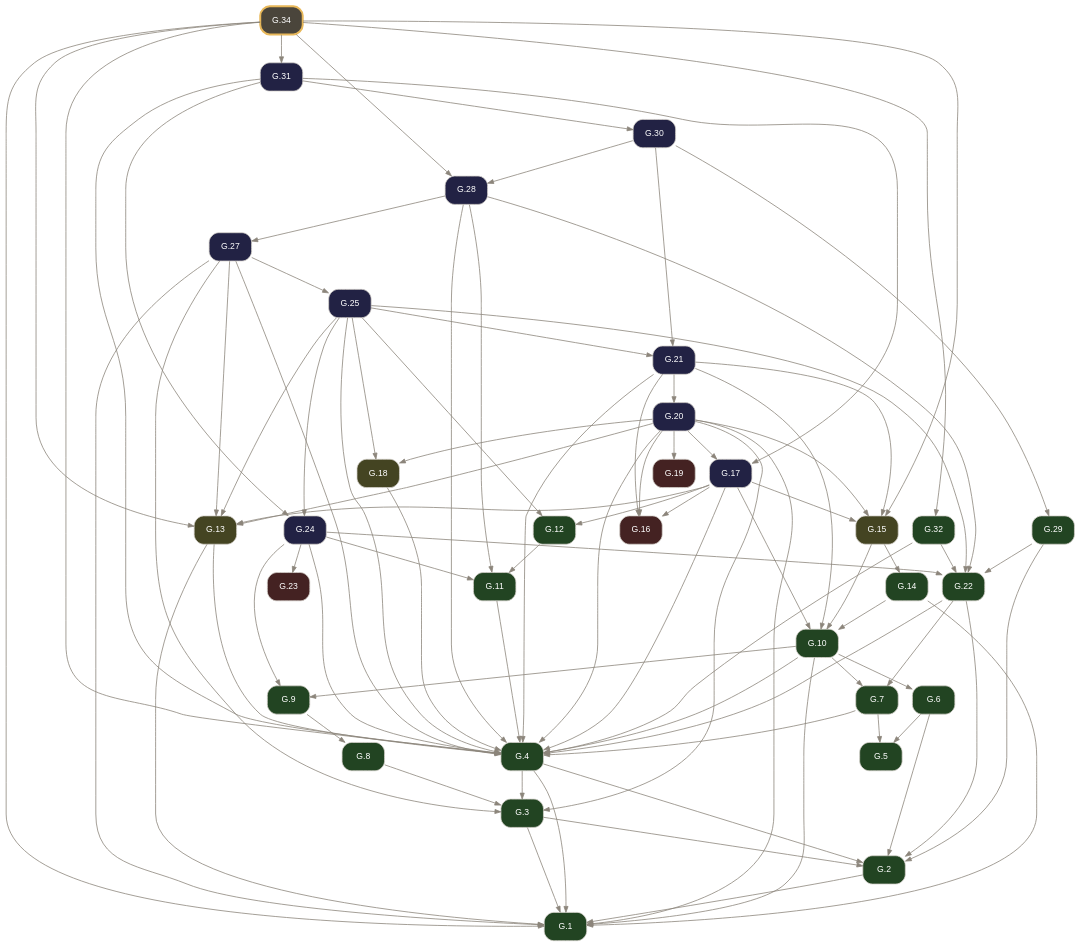
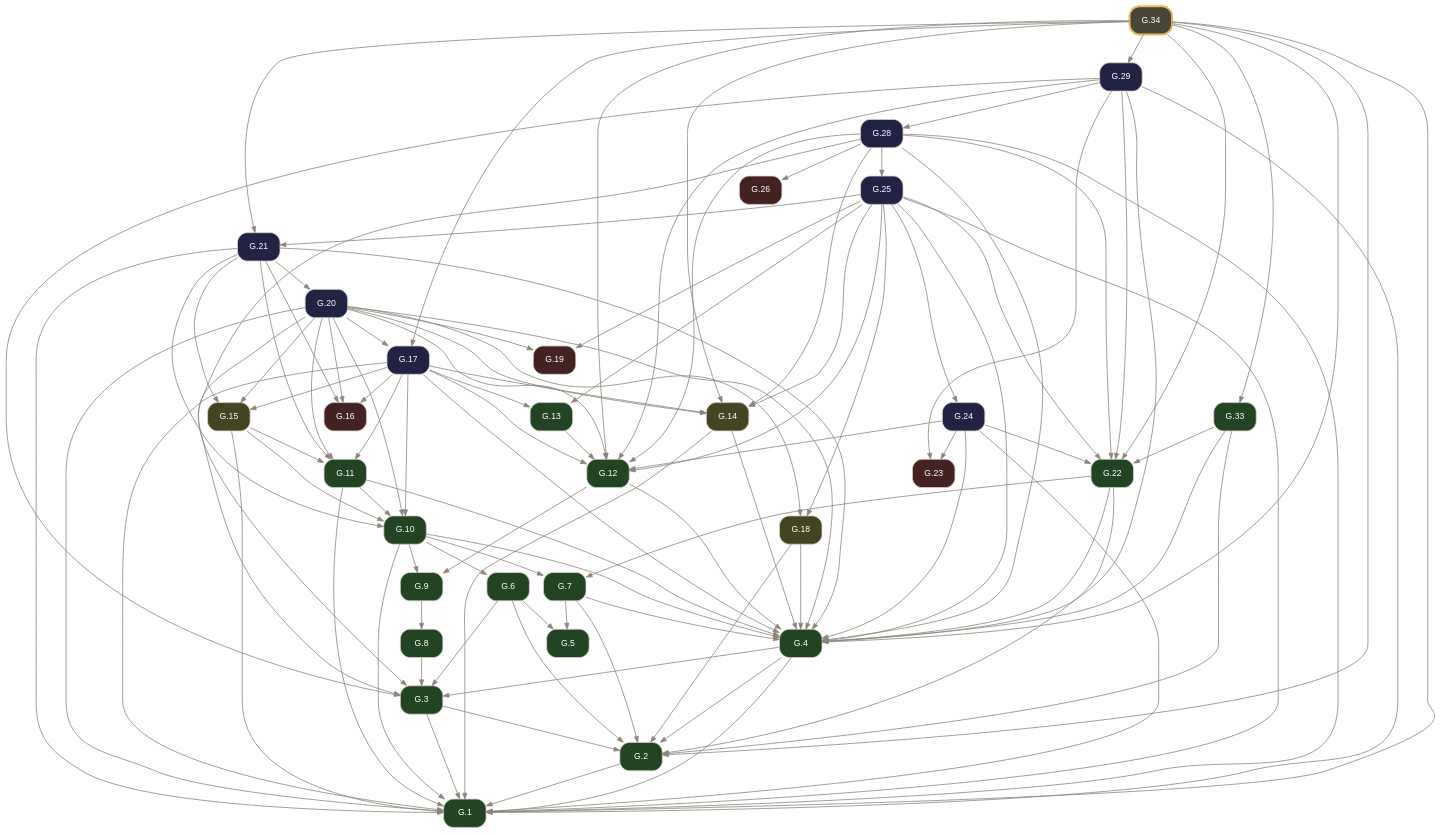
One commit to geometor/elements changed the diagram in docsrc/elements2/G.34/index.rst. Above: the diagram before and after it, drawn with Graphviz. The commit also changed other lines of this file and 1276 other files, not shown here.

```diff
--- a/docsrc/elements2/G.34/index.rst
+++ b/docsrc/elements2/G.34/index.rst
@@ -98,10 +83,10 @@
      "G.8" [label="G.8", tooltip="G.8 (I.def.13): A boundary is the extremity of anything.", fillcolor="#224422", URL="../G.8/index.html", target="_top"];
      "G.9" [label="G.9", tooltip="G.9 (I.def.14): A figure is that which is contained by any boundary or boundaries.", fillcolor="#224422", URL="../G.9/index.html", target="_top"];
      "G.10" [label="G.10", tooltip="G.10 (I.def.15): A circle ( A B ) is a plane figure contained by one arc defined by a center A and a point B establishing its defining radius / A B /, such that all segments / A B /, / A C /, / A D...", fillcolor="#224422", URL="../G.10/index.html", target="_top"];
-     "G.11" [label="G.11", tooltip="G.11 (I.def.19): Rectilineal figures are contained by segments: trilateral by three, quadrilateral by four, and multilateral by more than four.", fillcolor="#224422", URL="../G.11/index.html", target="_top"];
-     "G.12" [label="G.12", tooltip="G.12 (I.def.20): Of trilateral figures, an equilateral triangle < A B C > has three equal sides, an isosceles triangle < D E F > has two equal sides, and a scalene triangle < G H K > has three uneq...", fillcolor="#224422", URL="../G.12/index.html", target="_top"];
-     "G.13" [label="G.13", tooltip="G.13 (I.post.1): Construct a segment / A B / between any two points A, B.", fillcolor="#444422", URL="../G.13/index.html", target="_top"];
-     "G.14" [label="G.14", tooltip="G.14 (I.def.16): The point A within the circle ( A B ) from which all segments / A B /, / A C / to the arc are equal is called the center of the circle.", fillcolor="#224422", URL="../G.14/index.html", target="_top"];
+     "G.11" [label="G.11", tooltip="G.11 (I.def.16): The point A within the circle ( A B ) from which all segments / A B /, / A C / to the arc are equal is called the center of the circle.", fillcolor="#224422", URL="../G.11/index.html", target="_top"];
+     "G.12" [label="G.12", tooltip="G.12 (I.def.19): Rectilineal figures are contained by segments: trilateral by three, quadrilateral by four, and multilateral by more than four.", fillcolor="#224422", URL="../G.12/index.html", target="_top"];
+     "G.13" [label="G.13", tooltip="G.13 (I.def.20): Of trilateral figures, an equilateral triangle < A B C > has three equal sides, an isosceles triangle < D E F > has two equal sides, and a scalene triangle < G H K > has three uneq...", fillcolor="#224422", URL="../G.13/index.html", target="_top"];
+     "G.14" [label="G.14", tooltip="G.14 (I.post.1): Construct a segment / A B / between any two points A, B.", fillcolor="#444422", URL="../G.14/index.html", target="_top"];
      "G.15" [label="G.15", tooltip="G.15 (I.post.3): Construct a circle ( A B ) with center A and defining radius point B.", fillcolor="#444422", URL="../G.15/index.html", target="_top"];
      "G.16" [label="G.16", tooltip="G.16 (I.cn.1): Things equal to the same thing are equal to one another.", fillcolor="#442222", URL="../G.16/index.html", target="_top"];
      "G.17" [label="G.17", tooltip="G.17 (I.1): Construct an equilateral triangle on a given segment.", fillcolor="#222244", URL="../G.17/index.html", target="_top"];
@@ -113,35 +98,45 @@
      "G.23" [label="G.23", tooltip="G.23 (I.cn.4): Things / A B /, / D E / that coincide with one another are equal to one another.", fillcolor="#442222", URL="../G.23/index.html", target="_top"];
      "G.24" [label="G.24", tooltip="G.24 (I.4): Triangles with two sides and the included angle equal are congruent (SAS).", fillcolor="#222244", URL="../G.24/index.html", target="_top"];
      "G.25" [label="G.25", tooltip="G.25 (I.5): In an isosceles triangle, the angles at the base are equal, and if the equal sides are extended, the angles under the base are equal.", fillcolor="#222244", URL="../G.25/index.html", target="_top"];
-     "G.27" [label="G.27", tooltip="G.27 (I.7): On the same segment and on the same side, there cannot be constructed two distinct triangles with both pairs of conterminous sides equal.", fillcolor="#222244", URL="../G.27/index.html", target="_top"];
-     "G.28" [label="G.28", tooltip="G.28 (I.8): Triangles with all three corresponding sides equal have their corresponding angles equal (SSS).", fillcolor="#222244", URL="../G.28/index.html", target="_top"];
-     "G.29" [label="G.29", tooltip="G.29 (I.def.9): A rectilineal angle is contained by two segments or lines.", fillcolor="#224422", URL="../G.29/index.html", target="_top"];
-     "G.30" [label="G.30", tooltip="G.30 (I.9): Bisect a given angle.", fillcolor="#222244", URL="../G.30/index.html", target="_top"];
-     "G.31" [label="G.31", tooltip="G.31 (I.10): Bisect a given segment.", fillcolor="#222244", URL="../G.31/index.html", target="_top"];
-     "G.32" [label="G.32", tooltip="G.32 (I.def.10): When a segment standing on a line makes the adjacent angles equal, each of the equal angles is a right angle, and the standing segment is perpendicular to the line.", fillcolor="#224422", URL="../G.32/index.html", target="_top"];
-     "G.34" [label="G.34", tooltip="G.34 (I.12): Construct a perpendicular to a given line from a given point not on it.", penwidth=2.5, color="#e8b85a", fillcolor="#4a453b", URL="index.html", target="_top"];
+     "G.26" [label="G.26", tooltip="G.26 (I.cn.5): The whole is greater than the part.", fillcolor="#442222", URL="../G.26/index.html", target="_top"];
+     "G.28" [label="G.28", tooltip="G.28 (I.7): On the same segment and on the same side, there cannot be constructed two distinct triangles with both pairs of conterminous sides equal.", fillcolor="#222244", URL="../G.28/index.html", target="_top"];
+     "G.29" [label="G.29", tooltip="G.29 (I.8): Triangles with all three corresponding sides equal have their corresponding angles equal (SSS).", fillcolor="#222244", URL="../G.29/index.html", target="_top"];
+     "G.33" [label="G.33", tooltip="G.33 (I.def.10): When a segment standing on a line makes the adjacent angles equal, each of the equal angles is a right angle, and the standing segment is perpendicular to the line.", fillcolor="#224422", URL="../G.33/index.html", target="_top"];
+     "G.34" [label="G.34", tooltip="G.34 (I.11): Construct a segment at right angles to a given line from a given point on it.", penwidth=2.5, color="#e8b85a", fillcolor="#4a453b", URL="index.html", target="_top"];
      "G.2" -> "G.1";
      "G.3" -> "G.1";
      "G.4" -> "G.1";
      "G.10" -> "G.1";
-     "G.13" -> "G.1";
+     "G.11" -> "G.1";
      "G.14" -> "G.1";
+     "G.15" -> "G.1";
+     "G.17" -> "G.1";
      "G.20" -> "G.1";
-     "G.27" -> "G.1";
+     "G.21" -> "G.1";
+     "G.24" -> "G.1";
+     "G.25" -> "G.1";
+     "G.28" -> "G.1";
+     "G.29" -> "G.1";
      "G.34" -> "G.1";
      "G.3" -> "G.2";
      "G.4" -> "G.2";
      "G.6" -> "G.2";
+     "G.7" -> "G.2";
+     "G.18" -> "G.2";
      "G.22" -> "G.2";
-     "G.29" -> "G.2";
+     "G.33" -> "G.2";
+     "G.34" -> "G.2";
      "G.4" -> "G.3";
+     "G.6" -> "G.3";
      "G.8" -> "G.3";
      "G.20" -> "G.3";
-     "G.27" -> "G.3";
+     "G.28" -> "G.3";
+     "G.29" -> "G.3";
      "G.7" -> "G.4";
      "G.10" -> "G.4";
      "G.11" -> "G.4";
-     "G.13" -> "G.4";
+     "G.12" -> "G.4";
+     "G.14" -> "G.4";
      "G.17" -> "G.4";
      "G.18" -> "G.4";
      "G.20" -> "G.4";
@@ -149,10 +144,9 @@
      "G.22" -> "G.4";
      "G.24" -> "G.4";
      "G.25" -> "G.4";
-     "G.27" -> "G.4";
      "G.28" -> "G.4";
-     "G.31" -> "G.4";
-     "G.32" -> "G.4";
+     "G.29" -> "G.4";
+     "G.33" -> "G.4";
      "G.34" -> "G.4";
      "G.6" -> "G.5";
      "G.7" -> "G.5";
@@ -161,51 +155,58 @@
      "G.22" -> "G.7";
      "G.9" -> "G.8";
      "G.10" -> "G.9";
-     "G.24" -> "G.9";
-     "G.14" -> "G.10";
+     "G.12" -> "G.9";
+     "G.11" -> "G.10";
      "G.15" -> "G.10";
      "G.17" -> "G.10";
+     "G.20" -> "G.10";
      "G.21" -> "G.10";
-     "G.12" -> "G.11";
-     "G.24" -> "G.11";
-     "G.28" -> "G.11";
+     "G.15" -> "G.11";
+     "G.17" -> "G.11";
+     "G.20" -> "G.11";
+     "G.21" -> "G.11";
+     "G.13" -> "G.12";
      "G.17" -> "G.12";
+     "G.20" -> "G.12";
+     "G.24" -> "G.12";
      "G.25" -> "G.12";
+     "G.28" -> "G.12";
+     "G.29" -> "G.12";
+     "G.34" -> "G.12";
      "G.17" -> "G.13";
-     "G.20" -> "G.13";
      "G.25" -> "G.13";
-     "G.27" -> "G.13";
-     "G.34" -> "G.13";
-     "G.15" -> "G.14";
+     "G.17" -> "G.14";
+     "G.20" -> "G.14";
+     "G.25" -> "G.14";
+     "G.28" -> "G.14";
+     "G.34" -> "G.14";
      "G.17" -> "G.15";
      "G.20" -> "G.15";
      "G.21" -> "G.15";
-     "G.34" -> "G.15";
      "G.17" -> "G.16";
      "G.20" -> "G.16";
      "G.21" -> "G.16";
      "G.20" -> "G.17";
-     "G.31" -> "G.17";
+     "G.34" -> "G.17";
      "G.20" -> "G.18";
      "G.25" -> "G.18";
      "G.20" -> "G.19";
+     "G.25" -> "G.19";
      "G.21" -> "G.20";
      "G.25" -> "G.21";
-     "G.30" -> "G.21";
+     "G.34" -> "G.21";
      "G.24" -> "G.22";
      "G.25" -> "G.22";
      "G.28" -> "G.22";
      "G.29" -> "G.22";
-     "G.32" -> "G.22";
+     "G.33" -> "G.22";
+     "G.34" -> "G.22";
      "G.24" -> "G.23";
+     "G.29" -> "G.23";
      "G.25" -> "G.24";
-     "G.31" -> "G.24";
-     "G.27" -> "G.25";
-     "G.28" -> "G.27";
-     "G.30" -> "G.28";
-     "G.34" -> "G.28";
-     "G.30" -> "G.29";
-     "G.31" -> "G.30";
-     "G.34" -> "G.31";
-     "G.34" -> "G.32";
+     "G.28" -> "G.25";
+     "G.28" -> "G.26";
+     "G.29" -> "G.28";
+     "G.34" -> "G.29";
+     "G.34" -> "G.33";
    }
```
